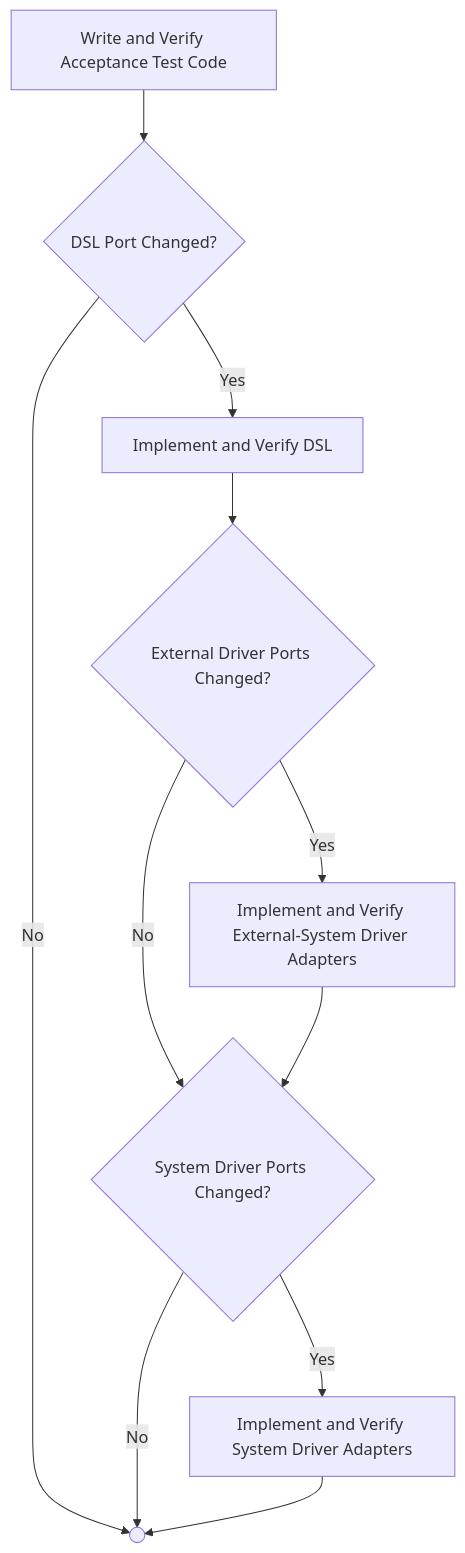
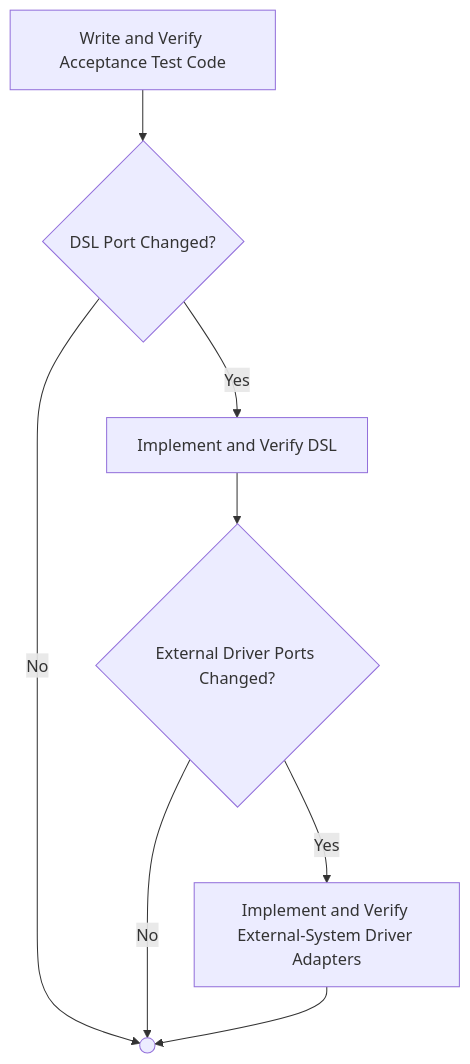
One commit to optivem/gh-optivem changed diagram 15 of 53 in docs/process-diagram.md. Above: the diagram before and after it, drawn with Mermaid. The commit also changed other lines of this file and 40 other files, not shown here.

Commit message:
atdd: regenerate process-flow diagram

````diff
--- a/docs/process-diagram.md
+++ b/docs/process-diagram.md
@@ -267,22 +285,17 @@
 ```mermaid
 flowchart TD
     GATE_DSL_PORT_CHANGED{DSL Port Changed?}
     GATE_EXTERNAL_DRIVER_PORTS_CHANGED{External Driver Ports Changed?}
-    GATE_SYSTEM_DRIVER_PORTS_CHANGED{System Driver Ports Changed?}
     IMPLEMENT_AND_VERIFY_DSL[Implement and Verify DSL]
     IMPLEMENT_AND_VERIFY_EXTERNAL_DRIVER_ADAPTERS[Implement and Verify External-System Driver Adapters]
-    IMPLEMENT_AND_VERIFY_SYSTEM_DRIVER_ADAPTERS[Implement and Verify System Driver Adapters]
-    WAV_AT_END(( ))
+    SHARED_CONTRACT_END(( ))
     WRITE_AND_VERIFY_ACCEPTANCE_TEST_CODE[Write and Verify Acceptance Test Code]
 
     WRITE_AND_VERIFY_ACCEPTANCE_TEST_CODE --> GATE_DSL_PORT_CHANGED
     GATE_DSL_PORT_CHANGED -- Yes --> IMPLEMENT_AND_VERIFY_DSL
-    GATE_DSL_PORT_CHANGED -- No --> WAV_AT_END
+    GATE_DSL_PORT_CHANGED -- No --> SHARED_CONTRACT_END
     IMPLEMENT_AND_VERIFY_DSL --> GATE_EXTERNAL_DRIVER_PORTS_CHANGED
     GATE_EXTERNAL_DRIVER_PORTS_CHANGED -- Yes --> IMPLEMENT_AND_VERIFY_EXTERNAL_DRIVER_ADAPTERS
-    GATE_EXTERNAL_DRIVER_PORTS_CHANGED -- No --> GATE_SYSTEM_DRIVER_PORTS_CHANGED
-    IMPLEMENT_AND_VERIFY_EXTERNAL_DRIVER_ADAPTERS --> GATE_SYSTEM_DRIVER_PORTS_CHANGED
-    GATE_SYSTEM_DRIVER_PORTS_CHANGED -- Yes --> IMPLEMENT_AND_VERIFY_SYSTEM_DRIVER_ADAPTERS
-    GATE_SYSTEM_DRIVER_PORTS_CHANGED -- No --> WAV_AT_END
-    IMPLEMENT_AND_VERIFY_SYSTEM_DRIVER_ADAPTERS --> WAV_AT_END
+    GATE_EXTERNAL_DRIVER_PORTS_CHANGED -- No --> SHARED_CONTRACT_END
+    IMPLEMENT_AND_VERIFY_EXTERNAL_DRIVER_ADAPTERS --> SHARED_CONTRACT_END
 ```
````
